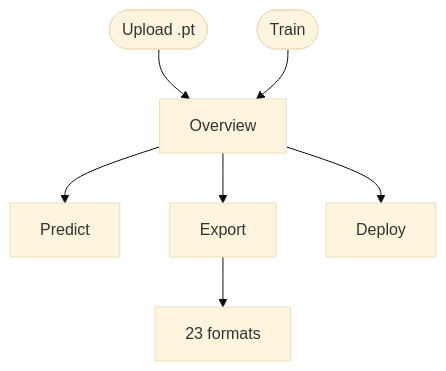
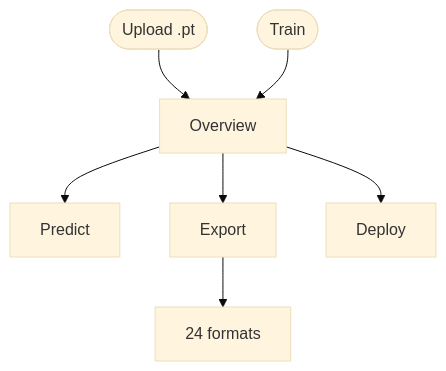
The first of 2 diagrams in docs/en/platform/train/models.md (ultralytics/ultralytics), drawn with Mermaid (base theme) before and after one commit. The commit also changed other lines of this file and 11 other files, not shown here.

````diff
--- a/docs/en/platform/train/models.md
+++ b/docs/en/platform/train/models.md
@@ -58,9 +58,9 @@
 ```mermaid
 flowchart TD
     A([Upload .pt]) --> C[Overview]
     B([Train]) --> C
     C --> D[Predict]
     C --> E[Export]
     C --> F[Deploy]
-    E --> G[23 formats]
+    E --> G[24 formats]
 ```
````
